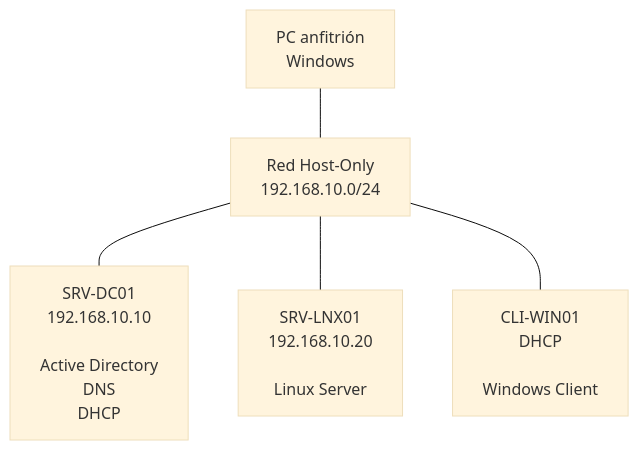
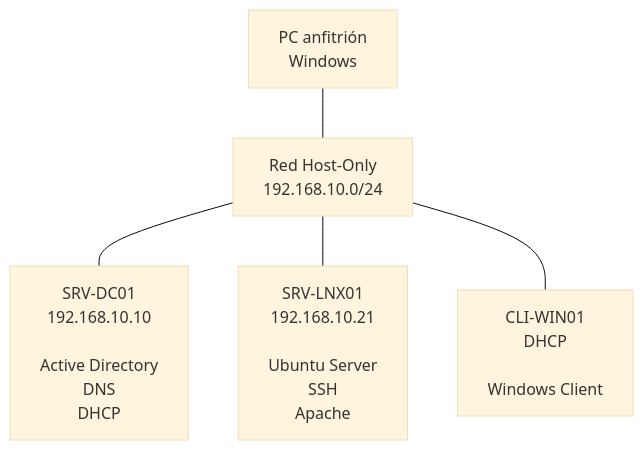
Before and after one commit to dperezbayan/homelab-infrastructure: the diagram in README.md, drawn with Mermaid (base theme). The commit also changed other lines of this file, not shown here.

````diff
--- a/README.md
+++ b/README.md
@@ -39,13 +41,13 @@
 ```mermaid
 flowchart TB
     HOST["PC anfitrión<br>Windows"]
     NETWORK["Red Host-Only<br>192.168.10.0/24"]
     DC["SRV-DC01<br>192.168.10.10<br><br>Active Directory<br>DNS<br>DHCP"]
-    LNX["SRV-LNX01<br>192.168.10.20<br><br>Linux Server"]
+    LNX["SRV-LNX01<br>192.168.10.21<br><br>Ubuntu Server<br>SSH<br>Apache"]
     CLI["CLI-WIN01<br>DHCP<br><br>Windows Client"]
 
     HOST --- NETWORK
     NETWORK --- DC
     NETWORK --- LNX
     NETWORK --- CLI
 ```
````
